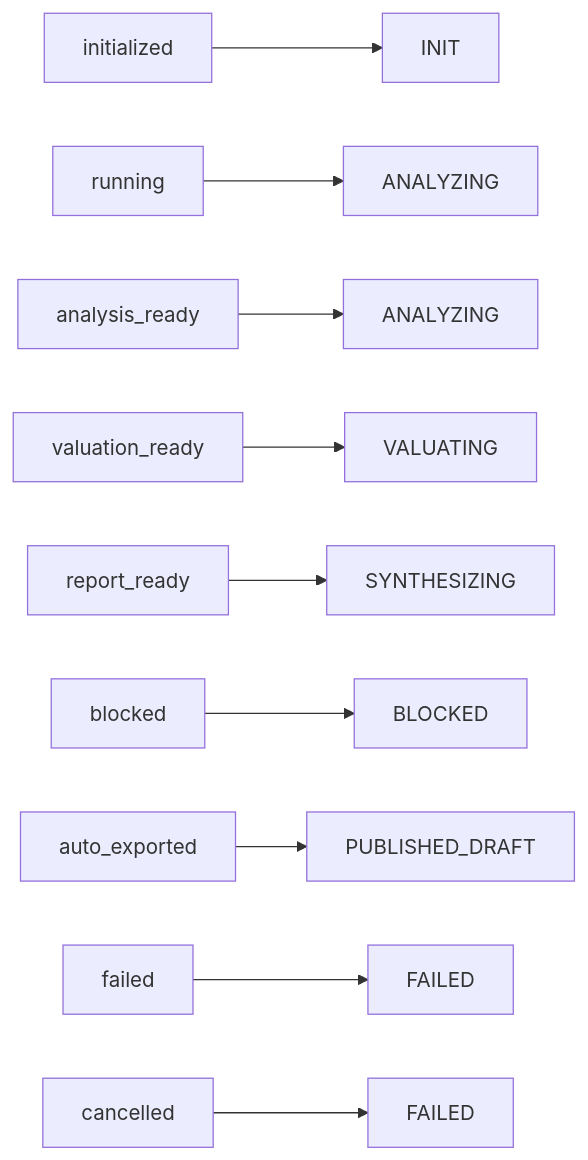
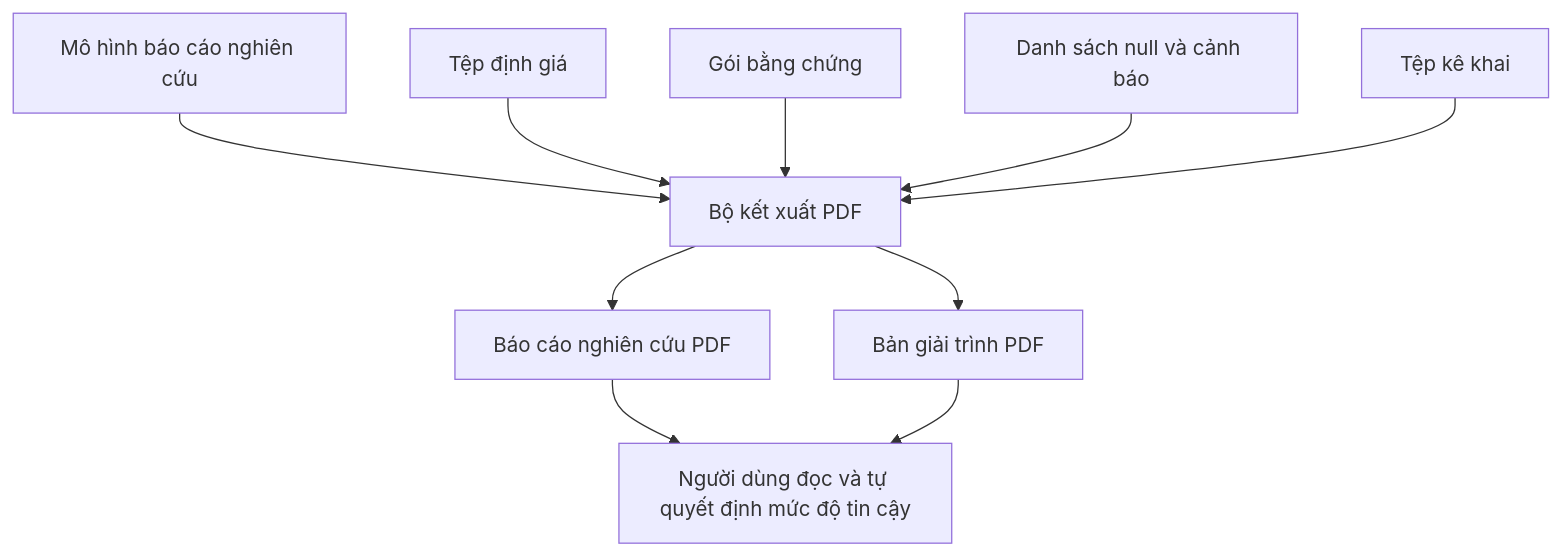
One commit to haubelerche/equity-research-system changed the eighth of 9 diagrams in docs/SEQUENCE.md. Above: the diagram before and after it, drawn with Mermaid. The commit also changed other lines of this file and 122 other files, not shown here.

````diff
--- a/docs/SEQUENCE.md
+++ b/docs/SEQUENCE.md
@@ -471,12 +255,22 @@
 ```mermaid
-flowchart LR
-    A["initialized"] --> A1["INIT"]
-    B["running"] --> B1["ANALYZING"]
-    C["analysis_ready"] --> C1["ANALYZING"]
-    D["valuation_ready"] --> D1["VALUATING"]
-    E["report_ready"] --> E1["SYNTHESIZING"]
-    F["blocked"] --> F1["BLOCKED"]
-    G["auto_exported"] --> G1["PUBLISHED_DRAFT"]
-    H["failed"] --> H1["FAILED"]
-    I["cancelled"] --> I1["FAILED"]
+flowchart TD
+    A["Mô hình báo cáo nghiên cứu"]
+    B["Tệp định giá"]
+    C["Gói bằng chứng"]
+    D["Danh sách null và cảnh báo"]
+    E["Tệp kê khai"]
+    F["Bộ kết xuất PDF"]
+    G["Báo cáo nghiên cứu PDF"]
+    H["Bản giải trình PDF"]
+    I["Người dùng đọc và tự quyết định mức độ tin cậy"]
+
+    A --> F
+    B --> F
+    C --> F
+    D --> F
+    E --> F
+    F --> G
+    F --> H
+    G --> I
+    H --> I
 ```
````
